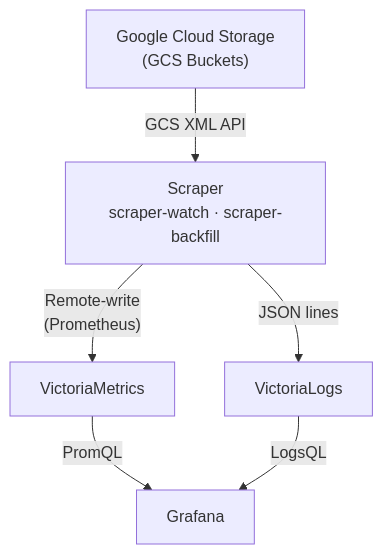
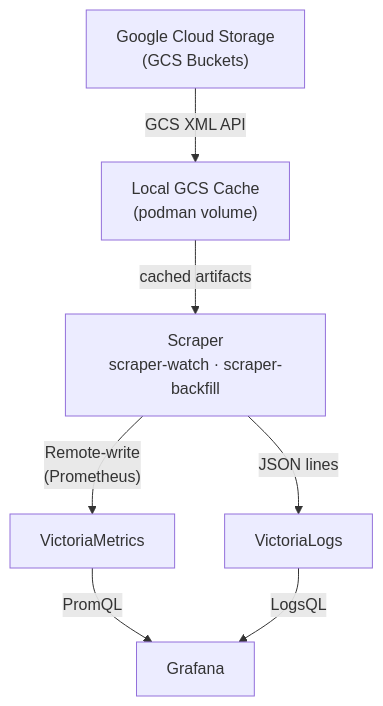
The diagram in ARCHITECTURE.md (macgregor/openshift-ci-observability), drawn with Mermaid before and after one commit. The commit also changed other lines of this file, not shown here.

Commit message:
Update ARCHITECTURE.md with scraper internals, concurrency, cache, and pipeline table

````diff
--- a/ARCHITECTURE.md
+++ b/ARCHITECTURE.md
@@ -9,14 +9,16 @@
 ```mermaid
 graph TD
     GCS["Google Cloud Storage\n(GCS Buckets)"]
+    Cache["Local GCS Cache\n(podman volume)"]
     Scraper["Scraper\nscraper-watch · scraper-backfill"]
     VM["VictoriaMetrics"]
     VL["VictoriaLogs"]
     Grafana["Grafana"]
 
-    GCS -- "GCS XML API" --> Scraper
+    GCS -- "GCS XML API" --> Cache
+    Cache -- "cached artifacts" --> Scraper
     Scraper -- "Remote-write\n(Prometheus)" --> VM
     Scraper -- "JSON lines" --> VL
     VM -- "PromQL" --> Grafana
     VL -- "LogsQL" --> Grafana
 ```
````
